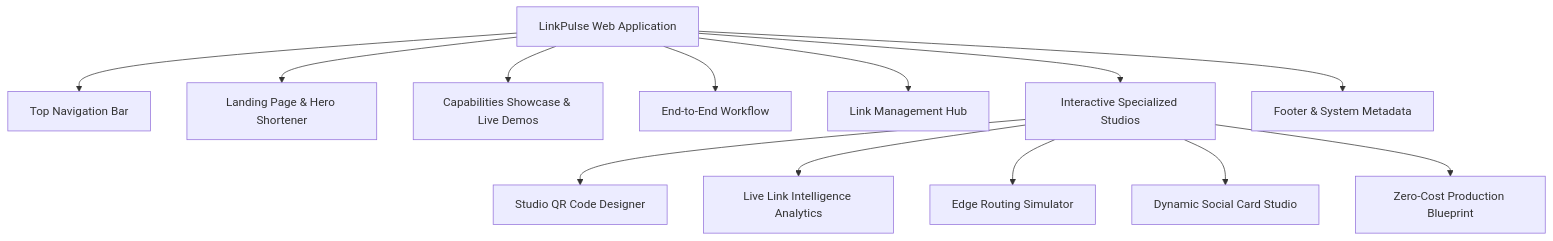
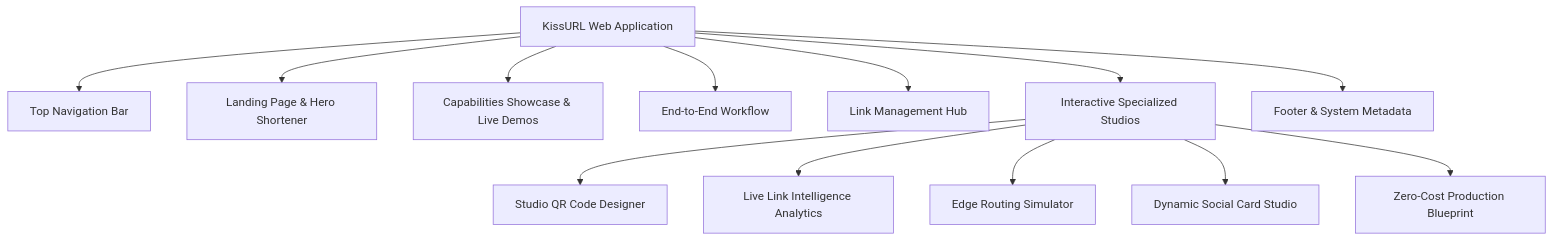
One commit to abhijeetbafna/kiss-url changed the first of 2 diagrams in PRODUCT.md. Above: the diagram before and after it, drawn with Mermaid. The commit also changed other lines of this file and 16 other files, not shown here.

Commit message:
chore: rename application to KissURL across all components and documentation

````diff
--- a/PRODUCT.md
+++ b/PRODUCT.md
@@ -10,17 +10,17 @@
 ```mermaid
 graph TD
-    App[LinkPulse Web Application]
+    App[KissURL Web Application]
     App --> Nav[Top Navigation Bar]
     App --> Landing[Landing Page & Hero Shortener]
     App --> Features[Capabilities Showcase & Live Demos]
     App --> Workflow[End-to-End Workflow]
     App --> Hub[Link Management Hub]
     App --> Modals[Interactive Specialized Studios]
     App --> Footer[Footer & System Metadata]
 
     Modals --> QR[Studio QR Code Designer]
     Modals --> Analytics[Live Link Intelligence Analytics]
     Modals --> Simulator[Edge Routing Simulator]
     Modals --> Social[Dynamic Social Card Studio]
     Modals --> Deploy[Zero-Cost Production Blueprint]
 ```
````
